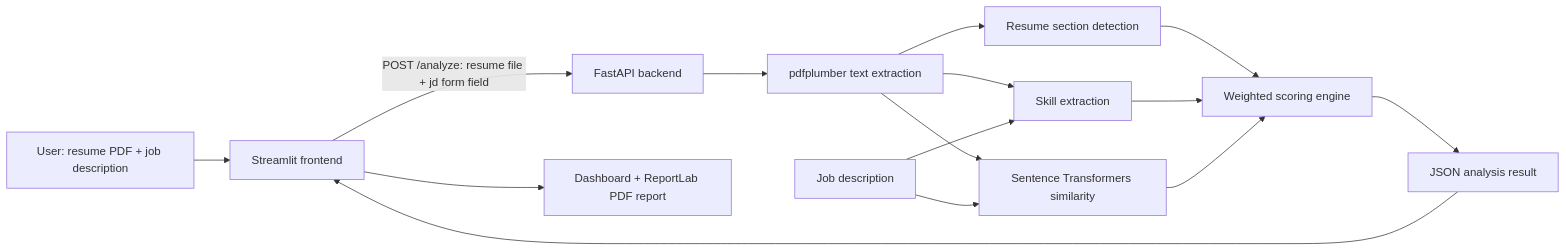
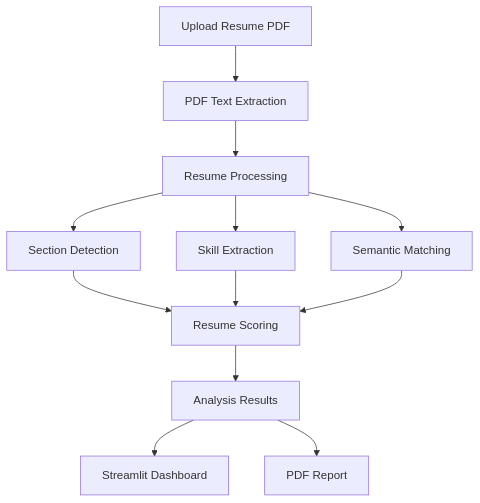
Before and after one commit to Alanbinoy22/AI-RESUME--ANALYZER: the diagram in README.md, drawn with Mermaid. The commit also changed other lines of this file, not shown here.

````diff
--- a/README.md
+++ b/README.md
@@ -30,17 +30,14 @@
 ```mermaid
-flowchart LR
-    U[User: resume PDF + job description] --> UI[Streamlit frontend]
-    UI -->|POST /analyze: resume file + jd form field| API[FastAPI backend]
-    API --> PDF[pdfplumber text extraction]
-    PDF --> SEC[Resume section detection]
-    PDF --> SK[Skill extraction]
-    JD[Job description] --> SK
-    PDF --> SEM[Sentence Transformers similarity]
-    JD --> SEM
-    SEC --> SCORE[Weighted scoring engine]
-    SK --> SCORE
-    SEM --> SCORE
-    SCORE --> RESULT[JSON analysis result]
-    RESULT --> UI
-    UI --> OUT[Dashboard + ReportLab PDF report]
+flowchart TD
+    A[Upload Resume PDF] --> B[PDF Text Extraction]
+    B --> C[Resume Processing]
+    C --> D[Section Detection]
+    C --> E[Skill Extraction]
+    C --> F[Semantic Matching]
+    D --> G[Resume Scoring]
+    E --> G
+    F --> G
+    G --> H[Analysis Results]
+    H --> I[Streamlit Dashboard]
+    H --> J[PDF Report]
 ```
````
